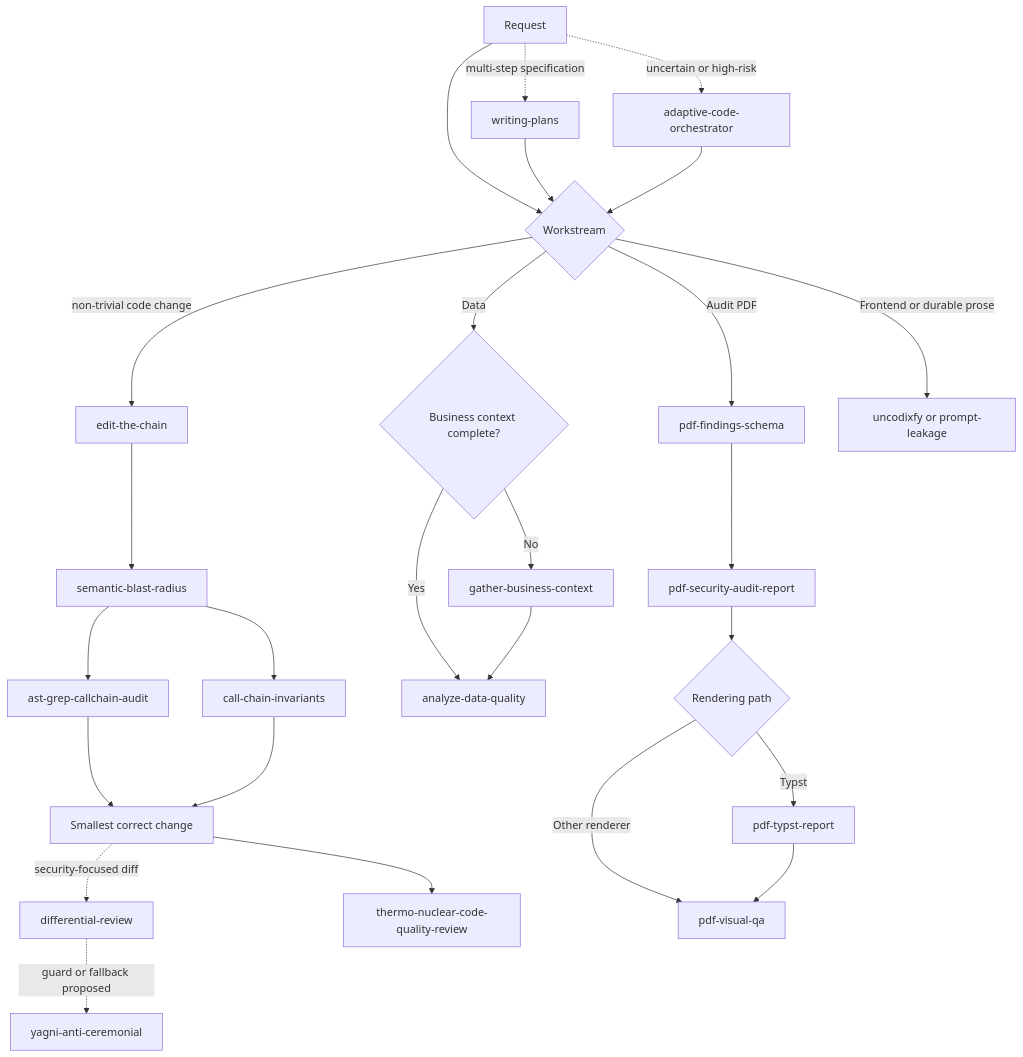
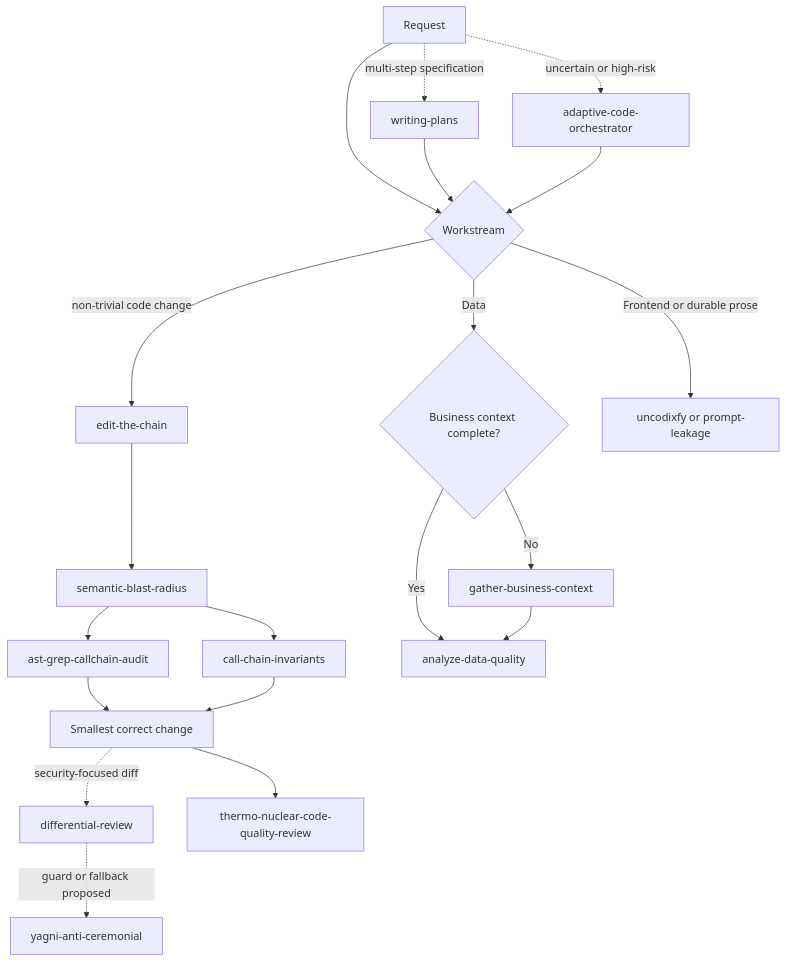
One commit to CanerKocak/clanker-skills changed the diagram in README.md. Above: the diagram before and after it, drawn with Mermaid. The commit also changed other lines of this file and 50 other files, not shown here.

```diff
--- a/README.md
+++ b/README.md
@@ -146,28 +147,22 @@
 ~~~mermaid
 flowchart TD
     A[Request] --> C{Workstream}
     A -.->|multi-step specification| W[writing-plans]
     W --> C
     A -.->|uncertain or high-risk| B[adaptive-code-orchestrator]
     B --> C
     C -->|non-trivial code change| D[edit-the-chain]
     D --> E[semantic-blast-radius]
     E --> F[ast-grep-callchain-audit]
     E --> G[call-chain-invariants]
     F --> H[Smallest correct change]
     G --> H
     H -.->|security-focused diff| I[differential-review]
     H --> J[thermo-nuclear-code-quality-review]
     I -.->|guard or fallback proposed| K[yagni-anti-ceremonial]
     C -->|Data| L{Business context complete?}
     L -->|No| M[gather-business-context]
     L -->|Yes| N[analyze-data-quality]
     M --> N
-    C -->|Audit PDF| O[pdf-findings-schema]
-    O --> P[pdf-security-audit-report]
-    P --> Q{Rendering path}
-    Q -->|Typst| R[pdf-typst-report]
-    Q -->|Other renderer| S[pdf-visual-qa]
-    R --> S
     C -->|Frontend or durable prose| T[uncodixfy or prompt-leakage]
 ~~~
```
